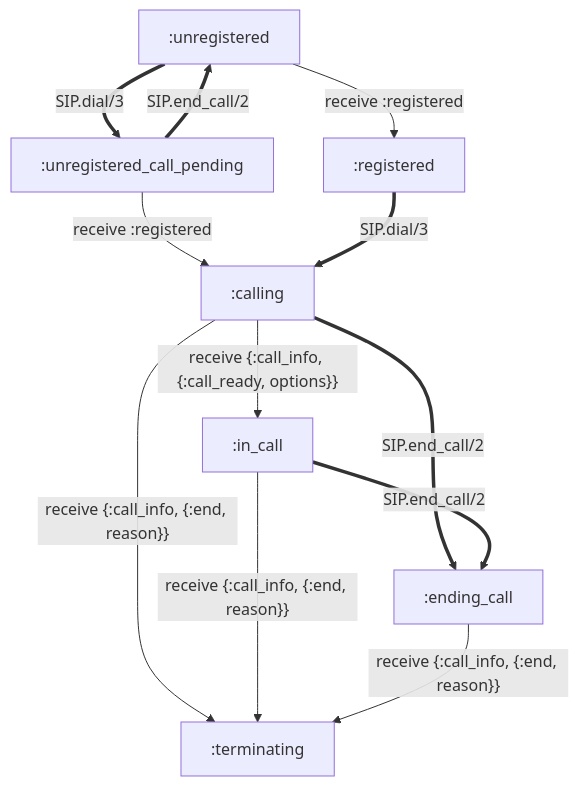
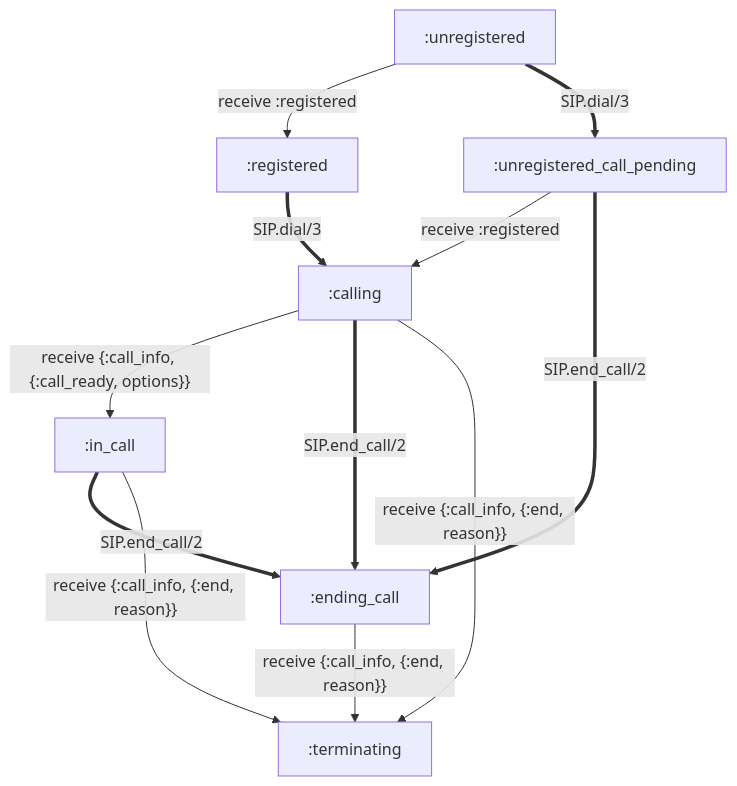
Before and after one commit to fishjam-dev/membrane_rtc_engine: the diagram in sip/internal_docs/sip_endpoint.md, drawn with Mermaid. The commit also changed other lines of this file and 3 other files, not shown here.

````diff
--- a/sip/internal_docs/sip_endpoint.md
+++ b/sip/internal_docs/sip_endpoint.md
@@ -10,11 +10,10 @@
 ```mermaid
 flowchart TD
     U1[:unregistered] -->|receive :registered| R[:registered]
     U2[:unregistered_call_pending] -->|receive :registered| C[:calling]
     U1 ==>|SIP.dial/3| U2
-    U2 ==>|SIP.end_call/2| U1
     R ==>|SIP.dial/3| C
     C -->|"receive {:call_info, {:call_ready, options}}"| I[:in_call]
-    C & I ==>|SIP.end_call/2| E[:ending_call]
+    U2 & C & I ==>|SIP.end_call/2| E[:ending_call]
     C & I & E -->|"receive {:call_info, {:end, reason}}"| T[:terminating]
 ```
````
